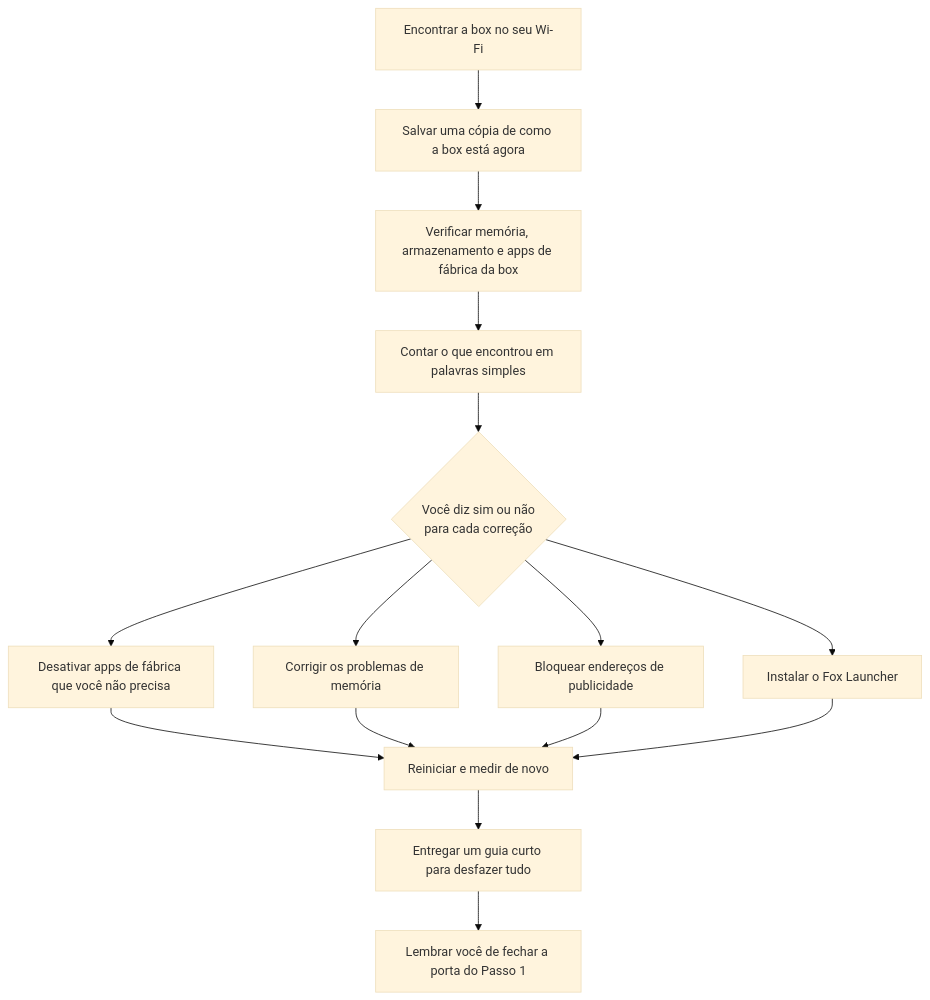
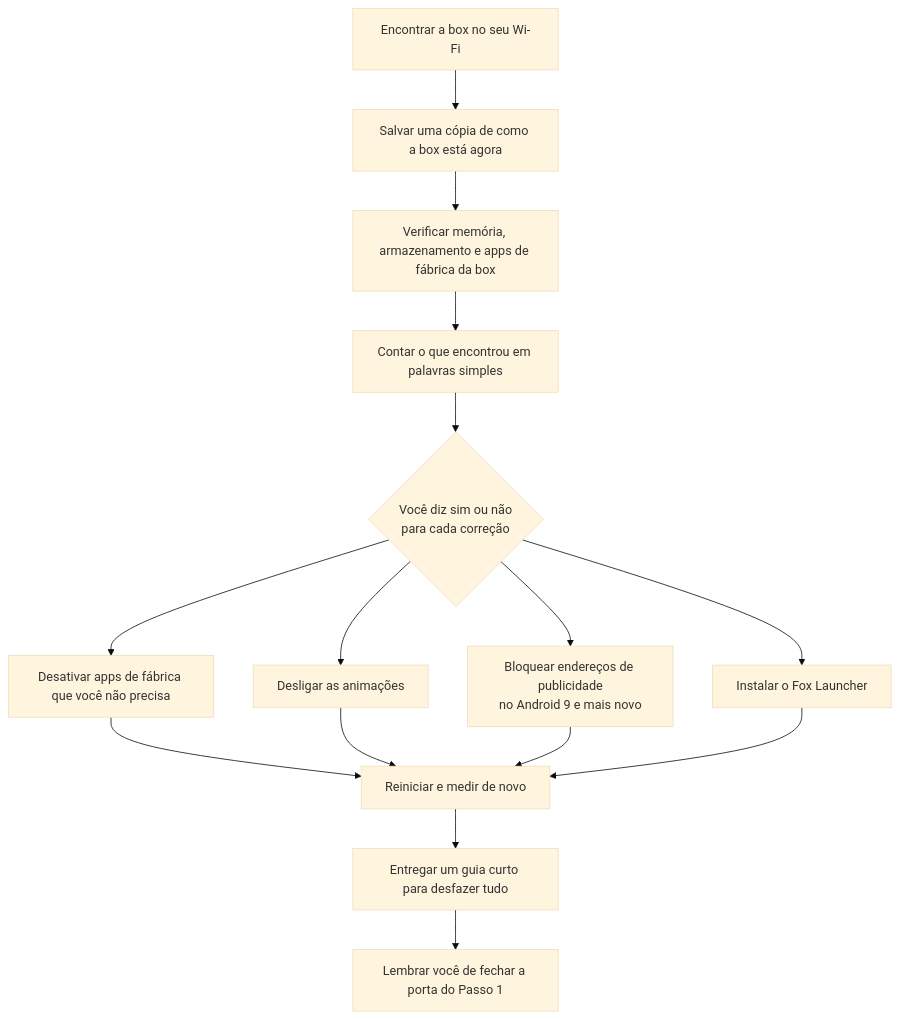
The diagram in docs/i18n/README.pt.md (franco-valenzuela/fox-launcher-tvbox), drawn with Mermaid (base theme) before and after one commit. The commit also changed other lines of this file and 19 other files, not shown here.

````diff
--- a/docs/i18n/README.pt.md
+++ b/docs/i18n/README.pt.md
@@ -82,17 +84,17 @@
 ```mermaid
 flowchart TD
     A[Encontrar a box no seu Wi-Fi] --> B[Salvar uma cópia de como a box está agora]
     B --> C[Verificar memória, armazenamento e apps de fábrica da box]
     C --> D[Contar o que encontrou em palavras simples]
     D --> E{Você diz sim ou não<br/>para cada correção}
     E --> F[Desativar apps de fábrica que você não precisa]
-    E --> G[Corrigir os problemas de memória]
-    E --> H[Bloquear endereços de publicidade]
+    E --> G[Desligar as animações]
+    E --> H[Bloquear endereços de publicidade<br/>no Android 9 e mais novo]
     E --> I[Instalar o Fox Launcher]
     F --> J[Reiniciar e medir de novo]
     G --> J
     H --> J
     I --> J
     J --> K[Entregar um guia curto para desfazer tudo]
     K --> L[Lembrar você de fechar a porta do Passo 1]
 ```
````
